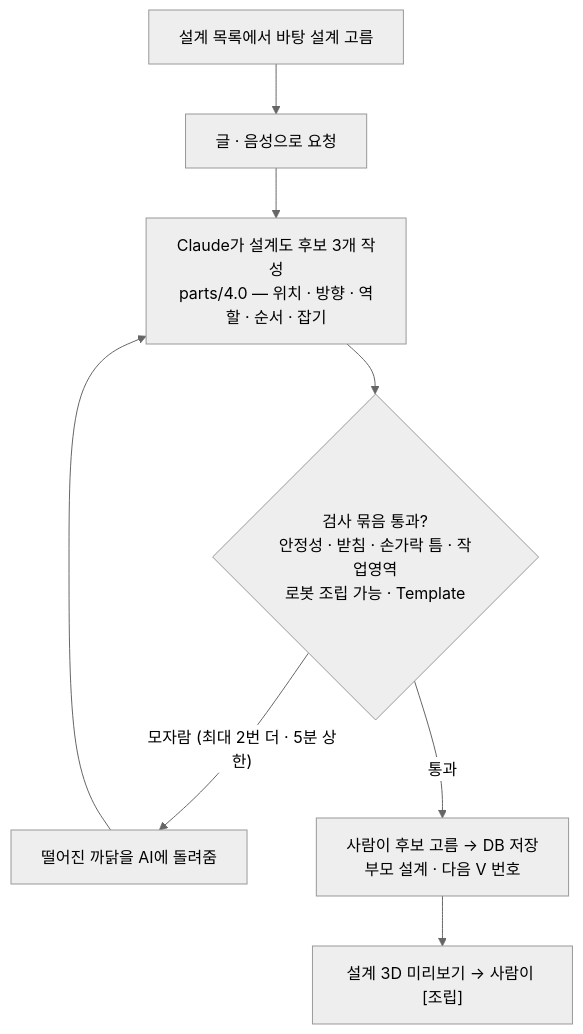
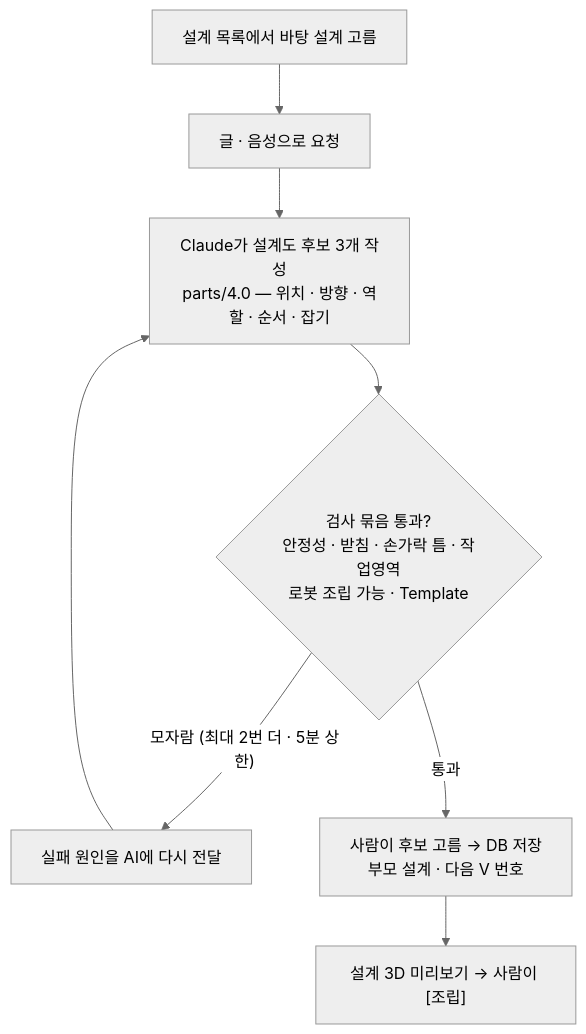
The second of 4 diagrams in README.md (hwang-injae/buildmind), drawn with Mermaid (neutral theme) before and after one commit. The commit also changed other lines of this file, not shown here.

````diff
--- a/README.md
+++ b/README.md
@@ -265,10 +265,10 @@
 ```mermaid
 flowchart TD
     A["설계 목록에서 바탕 설계 고름"] --> B["글 · 음성으로 요청"]
     B --> C["Claude가 설계도 후보 3개 작성<br/>parts/4.0 — 위치 · 방향 · 역할 · 순서 · 잡기"]
     C --> D{"검사 묶음 통과?<br/>안정성 · 받침 · 손가락 틈 · 작업영역<br/>로봇 조립 가능 · Template"}
-    D -- "모자람 (최대 2번 더 · 5분 상한)" --> E["떨어진 까닭을 AI에 돌려줌"]
+    D -- "모자람 (최대 2번 더 · 5분 상한)" --> E["실패 원인을 AI에 다시 전달"]
     E --> C
     D -- "통과" --> F["사람이 후보 고름 → DB 저장<br/>부모 설계 · 다음 V 번호"]
     F --> G["설계 3D 미리보기 → 사람이 [조립]"]
 ```
````
